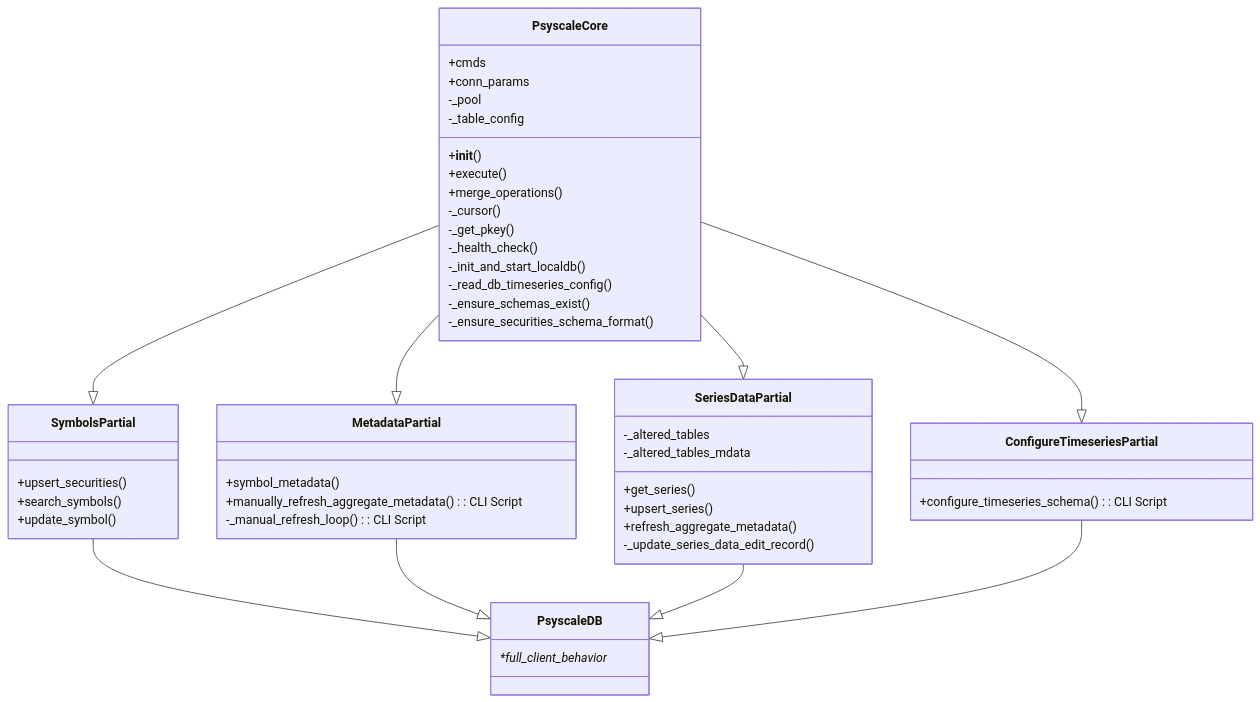
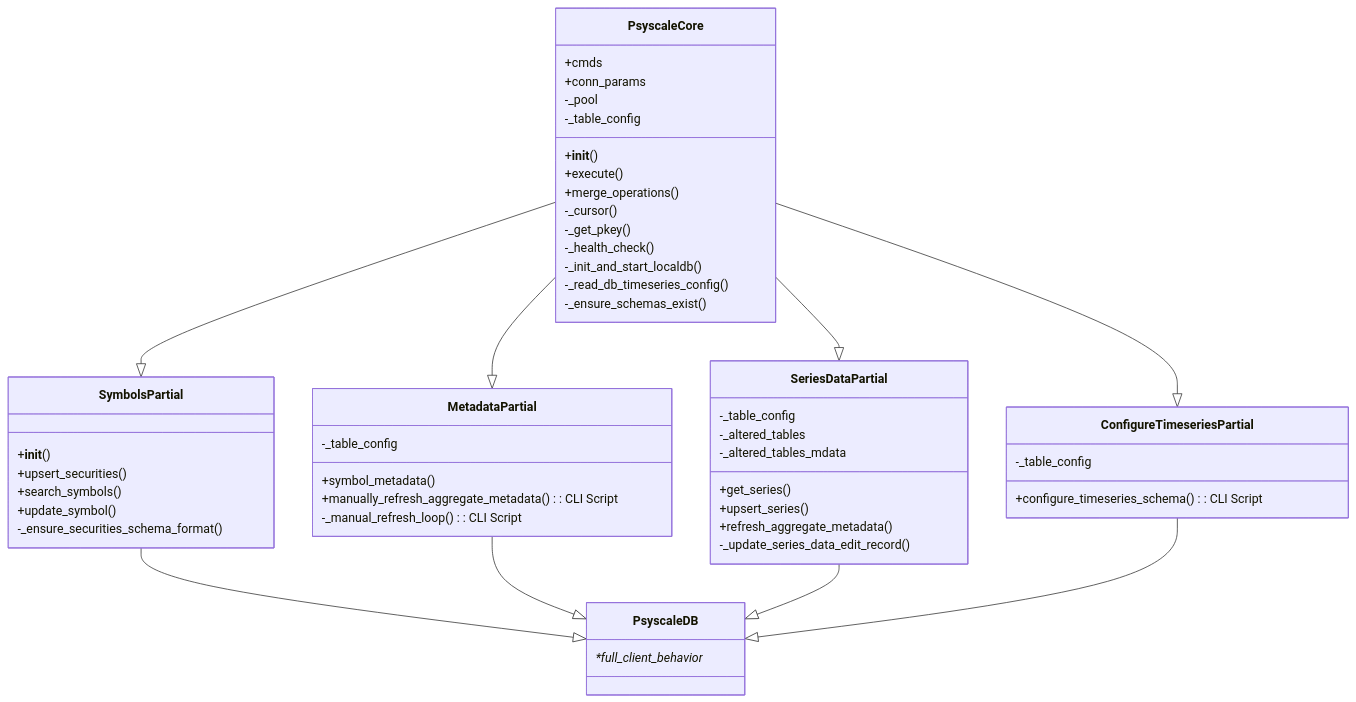
One commit to jack-of-some-trades/PsyscaleDB changed the diagram in docs/class_hierarchy.md. Above: the diagram before and after it, drawn with Mermaid. The commit also changed 2 other files, not shown here.

Commit message:
Move symbols schema init specifics to SymbolsPartial

````diff
--- a/docs/class_hierarchy.md
+++ b/docs/class_hierarchy.md
@@ -2,60 +2,64 @@
 ```mermaid
 classDiagram
     class PsyscaleCore {
         +cmds
         +conn_params
         -_pool
         -_table_config
 
         +__init__()
         +execute()
         +merge_operations()
 
         -_cursor()
         -_get_pkey()
         -_health_check()
         -_init_and_start_localdb()
         -_read_db_timeseries_config()
         -_ensure_schemas_exist()
-        -_ensure_securities_schema_format()
     }
 
     class MetadataPartial {
+        -_table_config
         +symbol_metadata()
         +manually_refresh_aggregate_metadata(): CLI Script
         -_manual_refresh_loop(): CLI Script
     }
 
     class SymbolsPartial {
+        +__init__()
         +upsert_securities()
         +search_symbols()
         +update_symbol()
+        -_ensure_securities_schema_format()
     }
     
     class SeriesDataPartial {
+        -_table_config
         -_altered_tables
         -_altered_tables_mdata
 
         +get_series()
         +upsert_series()
         +refresh_aggregate_metadata()
         -_update_series_data_edit_record()
     }
 
     class ConfigureTimeseriesPartial {
+        -_table_config
         +configure_timeseries_schema(): CLI Script
     }
 
     class PsyscaleDB {
         **full_client_behavior**
     }
 
     SymbolsPartial --|> PsyscaleDB
     MetadataPartial --|> PsyscaleDB
     SeriesDataPartial --|> PsyscaleDB
     ConfigureTimeseriesPartial --|> PsyscaleDB
     PsyscaleCore --|> SymbolsPartial
     PsyscaleCore --|> MetadataPartial
     PsyscaleCore --|> SeriesDataPartial
     PsyscaleCore --|> ConfigureTimeseriesPartial
 ```
````
